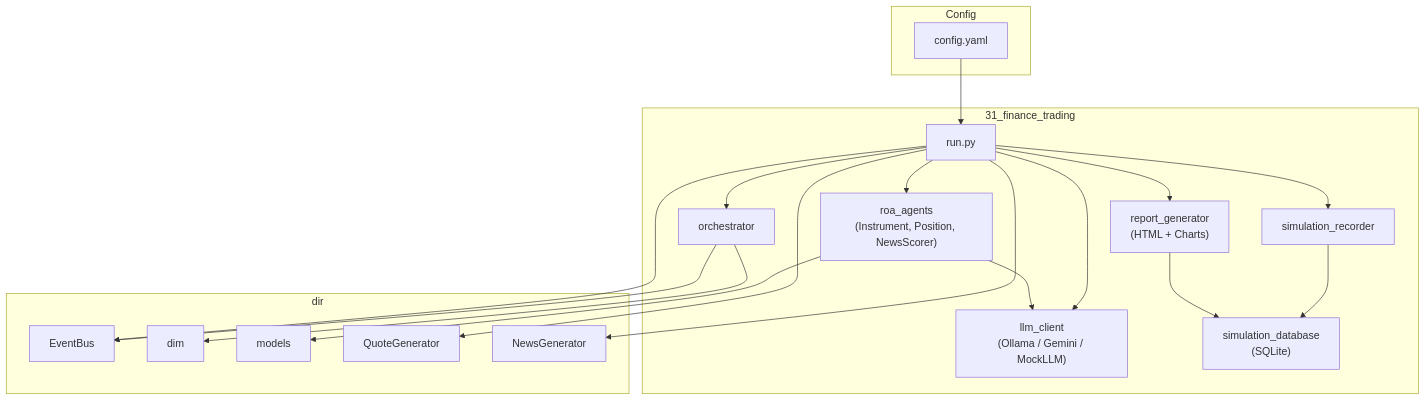
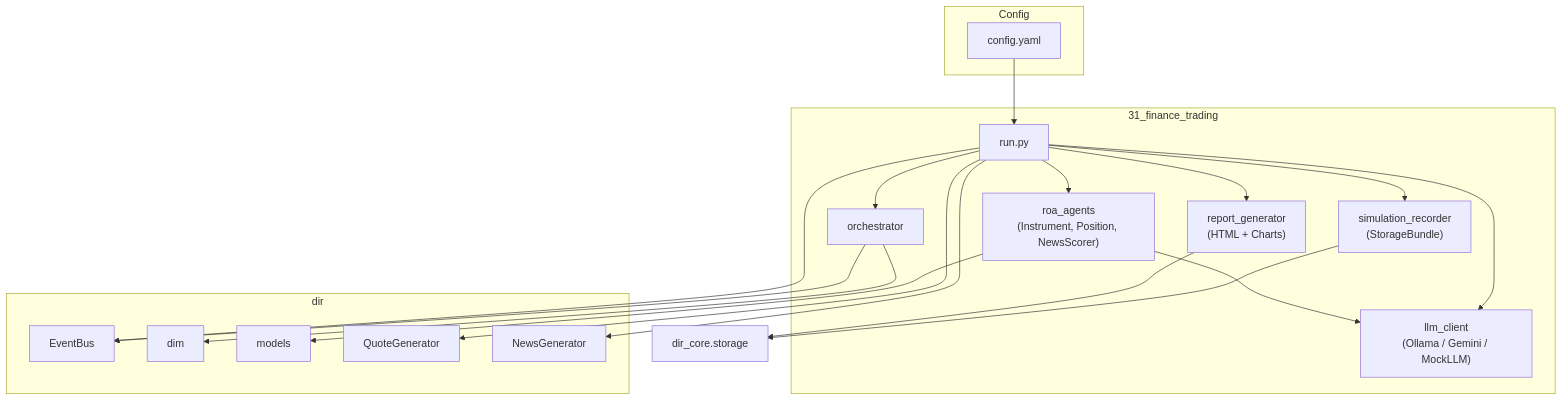
One commit to huka81/decision-intelligence-runtime changed the seventh of 7 diagrams in samples/31_finance_trading/README.md. Above: the diagram before and after it, drawn with Mermaid. The commit also changed other lines of this file and 7 other files, not shown here.

````diff
--- a/samples/31_finance_trading/README.md
+++ b/samples/31_finance_trading/README.md
@@ -670,40 +670,39 @@
 ```mermaid
 flowchart TB
     subgraph Config
         YAML["config.yaml"]
     end
 
     subgraph Sample["31_finance_trading"]
         Run["run.py"]
         LLM["llm_client\n(Ollama / Gemini / MockLLM)"]
         ROA["roa_agents\n(Instrument, Position, NewsScorer)"]
         Orch["orchestrator"]
-        Rec["simulation_recorder"]
-        DB["simulation_database\n(SQLite)"]
+        Rec["simulation_recorder\n(StorageBundle)"]
         Rep["report_generator\n(HTML + Charts)"]
     end
 
     subgraph Dir["dir"]
         Bus["EventBus"]
         DIM["dim"]
         Models["models"]
         QGen["QuoteGenerator"]
         NGen["NewsGenerator"]
     end
 
     YAML --> Run
     Run --> LLM
     Run --> ROA
     Run --> Orch
     Run --> QGen
     Run --> NGen
     Run --> Rec
     Run --> Rep
-    Rec --> DB
+    Rec --> DB["dir_core.storage"]
     Rep --> DB
     ROA --> LLM
     ROA --> Models
     Orch --> Bus
     Orch --> DIM
     Run --> Bus
 ```
````
